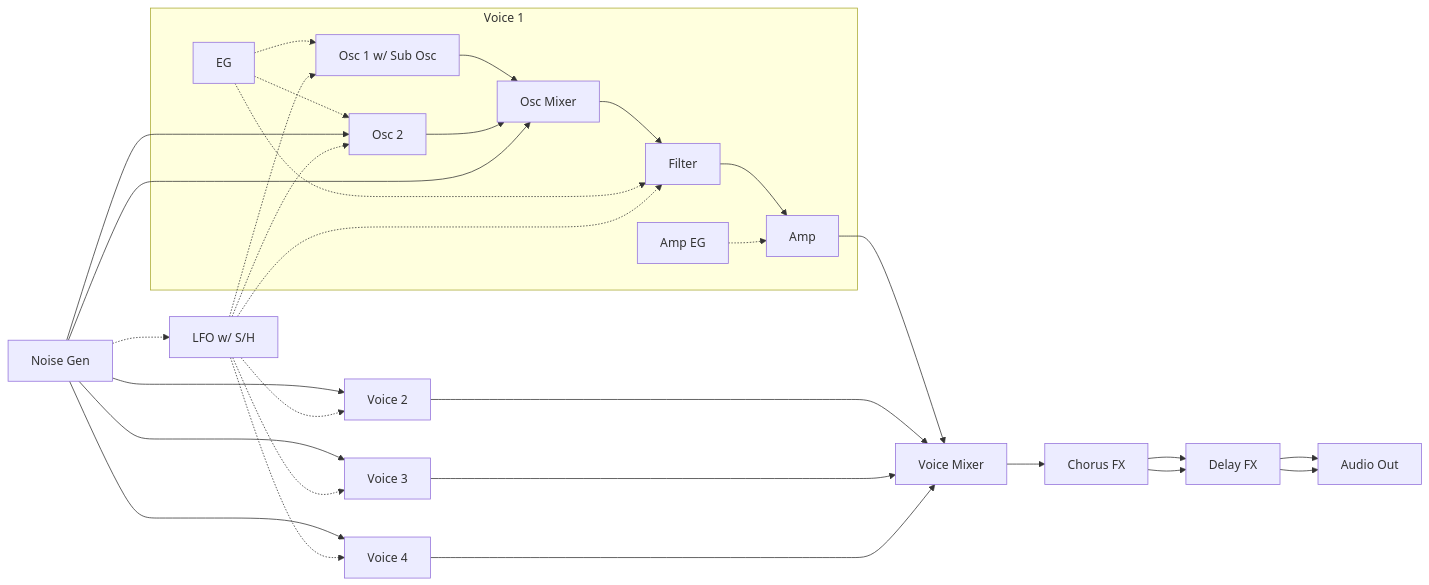
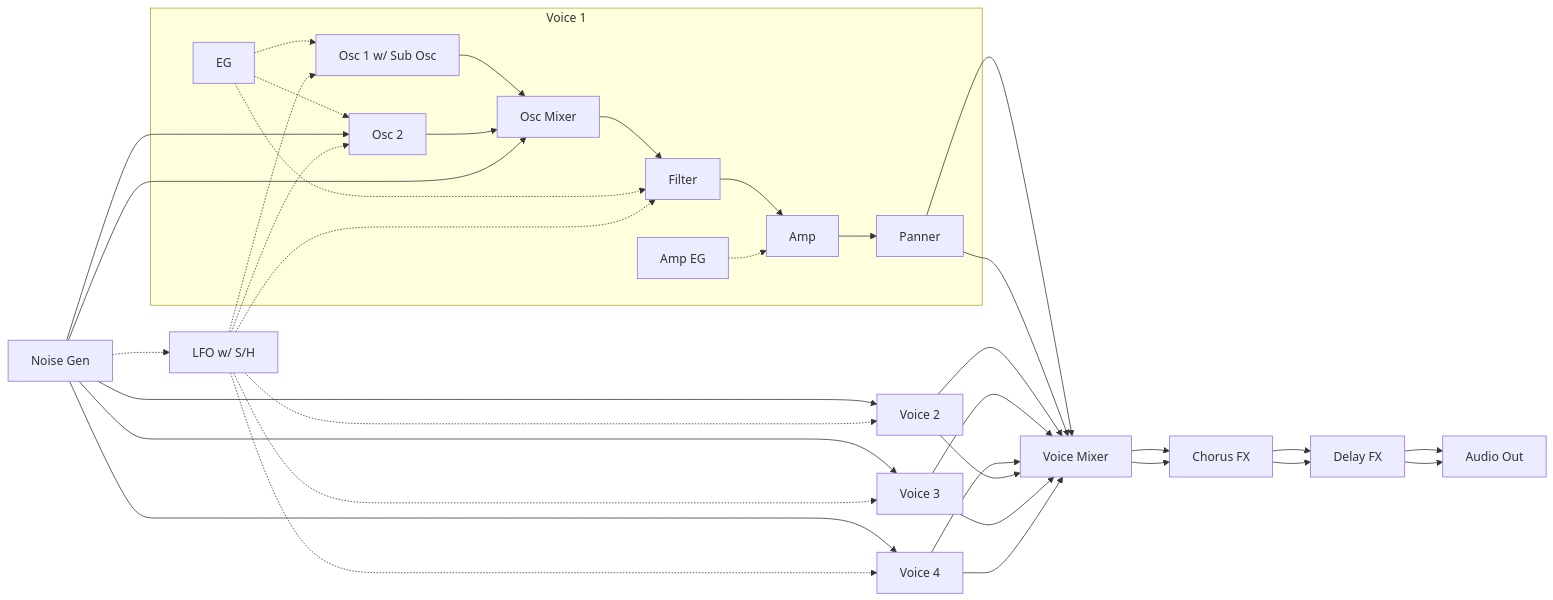
One commit to risgk/digital-synth-pra32-u2 changed the diagram in README.md. Above: the diagram before and after it, drawn with Mermaid. The commit also changed 3 other files, not shown here.

````diff
--- a/README.md
+++ b/README.md
@@ -182,19 +182,23 @@
 ```mermaid
 graph LR
     subgraph V1[Voice 1]
         V1O1[Osc 1 w/ Sub Osc] --> V1OM[Osc Mixer]
         V1O2[Osc 2] --> V1OM
         V1OM --> V1F[Filter]
         V1F --> V1A[Amp]
         E[EG] -.-> V1O1 & V1O2 & V1F
         V1AE[Amp EG] -.-> V1A
+        V1A --> V1P[Panner]
     end
-    V1A --> VM[Voice Mixer]
+    V1P --> VM[Voice Mixer]
+    V1P --> VM
     V2[Voice 2] & V3[Voice 3] & V4[Voice 4] --> VM
+    V2 & V3 & V4 --> VM
     VM --> C[Chorus FX] --> D[Delay FX] --> AO[Audio Out]
+    VM --> C
     C --> D
     D --> AO
     N[Noise Gen]  --> V1O2 & V1OM & V2 & V3 & V4
     N -.-> L[LFO w/ S/H]
     L -.-> V1O1 & V1O2 & V1F & V2 & V3 & V4
 ```
````
